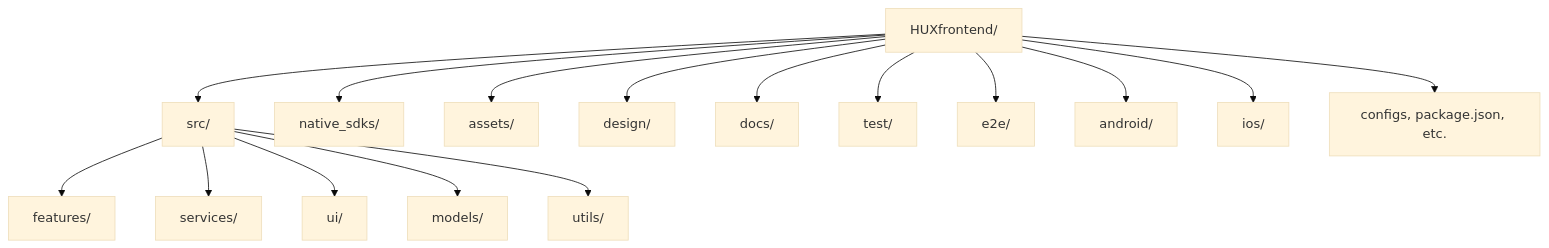
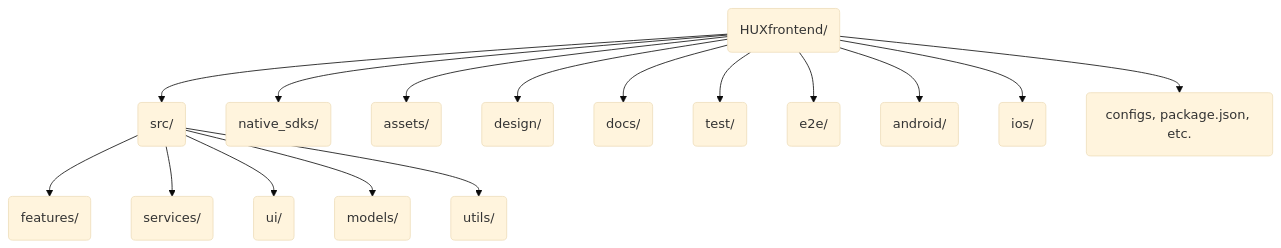
The second of 2 diagrams in HUX/HUXfrontend.md (mohan-slack/HUX), drawn with Mermaid (base theme) before and after one commit. The commit also changed other lines of this file and 3 other files, not shown here.

Commit message:
fixed diagrams

````diff
--- a/HUX/HUXfrontend.md
+++ b/HUX/HUXfrontend.md
@@ -99,35 +99,35 @@
 ```mermaid
 flowchart TD
-  A[HUXfrontend/]
-  B1[src/]
-  B2[native_sdks/]
-  B3[assets/]
-  B4[design/]
-  B5[docs/]
-  B6[test/]
-  B7[e2e/]
-  B8[android/]
-  B9[ios/]
-  B10[configs, package.json, etc.]
-  C1[features/]
-  C2[services/]
-  C3[ui/]
-  C4[models/]
-  C5[utils/]
+  A(HUXfrontend/)
+  B1(src/)
+  B2(native_sdks/)
+  B3(assets/)
+  B4(design/)
+  B5(docs/)
+  B6(test/)
+  B7(e2e/)
+  B8(android/)
+  B9(ios/)
+  B10(configs, package.json, etc.)
+  C1(features/)
+  C2(services/)
+  C3(ui/)
+  C4(models/)
+  C5(utils/)
 
   A --> B1
   A --> B2
   A --> B3
   A --> B4
   A --> B5
   A --> B6
   A --> B7
   A --> B8
   A --> B9
   A --> B10
   B1 --> C1
   B1 --> C2
   B1 --> C3
   B1 --> C4
   B1 --> C5
 ```
````
